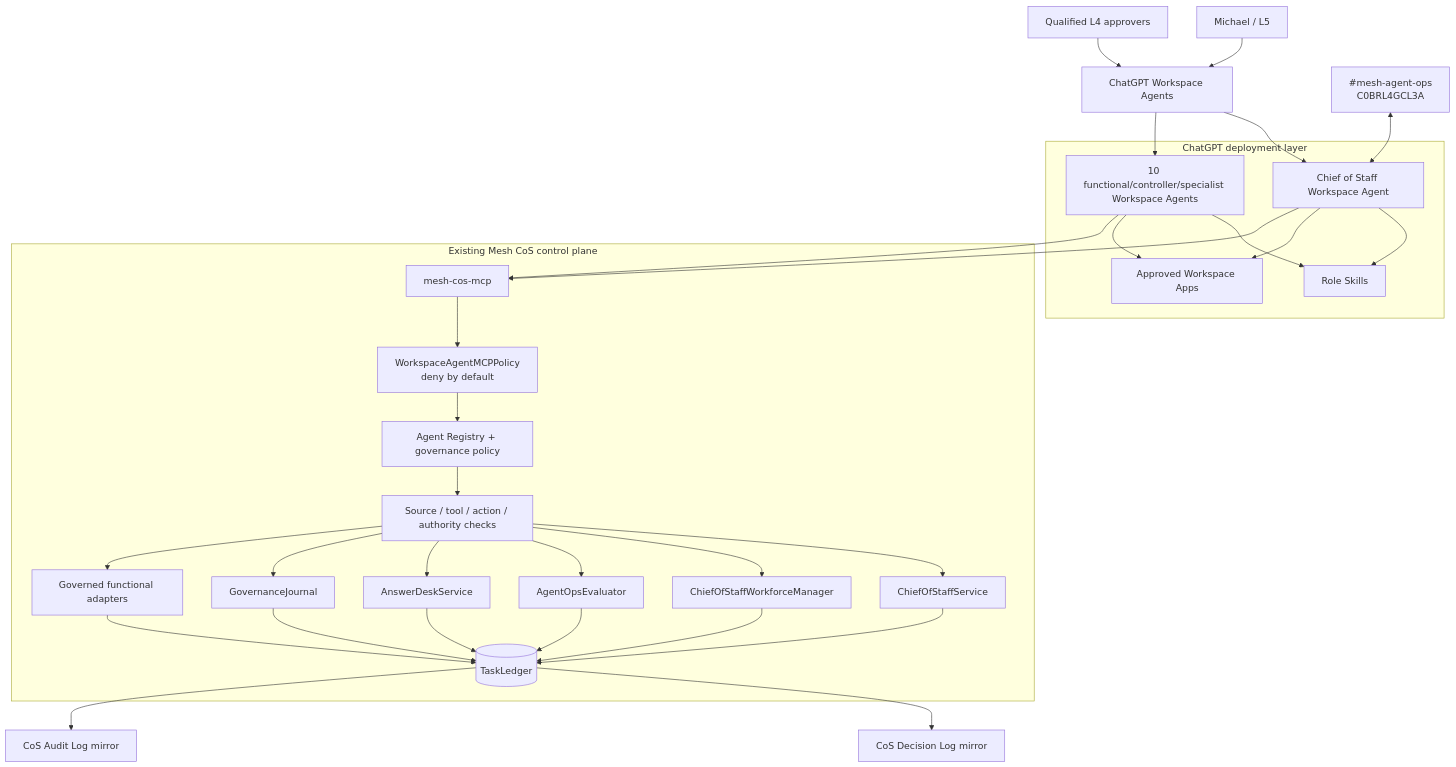
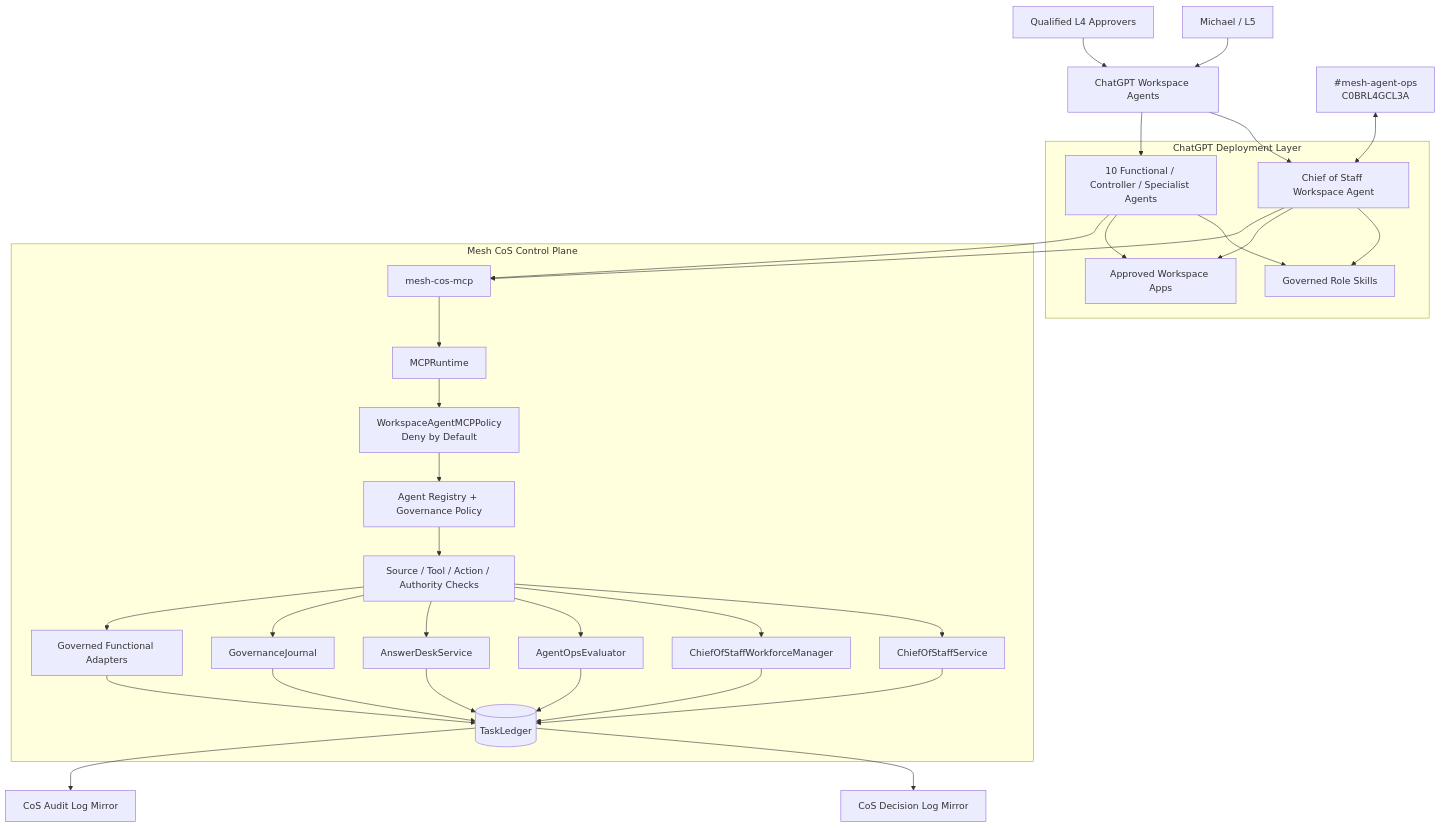
The first of 5 diagrams in docs/architecture.md (mkleinbe/mesh-ai-agent-cos-universe), drawn with Mermaid before and after one commit. The commit also changed other lines of this file, not shown here.

Commit message:
docs: align architecture with v1.0.0 serialized production runtime

````diff
--- a/docs/architecture.md
+++ b/docs/architecture.md
@@ -9,43 +9,44 @@
 ```mermaid
 flowchart TB
     CEO[Michael / L5] --> WA[ChatGPT Workspace Agents]
-    H[Qualified L4 approvers] --> WA
+    H[Qualified L4 Approvers] --> WA
 
-    subgraph CHATGPT[ChatGPT deployment layer]
+    subgraph CHATGPT[ChatGPT Deployment Layer]
       COSWA[Chief of Staff Workspace Agent]
-      FWA[10 functional/controller/specialist Workspace Agents]
-      SK[Role Skills]
+      FWA[10 Functional / Controller / Specialist Agents]
+      SK[Governed Role Skills]
       APPS[Approved Workspace Apps]
       COSWA --> SK
       FWA --> SK
       COSWA --> APPS
       FWA --> APPS
     end
 
     WA --> COSWA
     WA --> FWA
     COSWA --> MCP[mesh-cos-mcp]
     FWA --> MCP
 
-    subgraph RUNTIME[Existing Mesh CoS control plane]
-      MCP --> MCPPOL[WorkspaceAgentMCPPolicy\ndeny by default]
-      MCPPOL --> REG[Agent Registry + governance policy]
-      REG --> AUTH[Source / tool / action / authority checks]
+    subgraph RUNTIME[Mesh CoS Control Plane]
+      MCP --> RT[MCPRuntime]
+      RT --> MCPPOL[WorkspaceAgentMCPPolicy\nDeny by Default]
+      MCPPOL --> REG[Agent Registry + Governance Policy]
+      REG --> AUTH[Source / Tool / Action / Authority Checks]
       AUTH --> COS[ChiefOfStaffService]
       AUTH --> WM[ChiefOfStaffWorkforceManager]
       AUTH --> AO[AgentOpsEvaluator]
       AUTH --> AD[AnswerDeskService]
       AUTH --> GOV[GovernanceJournal]
-      AUTH --> FA[Governed functional adapters]
+      AUTH --> FA[Governed Functional Adapters]
       COS --> LEDGER[(TaskLedger)]
       WM --> LEDGER
       AO --> LEDGER
       AD --> LEDGER
       GOV --> LEDGER
       FA --> LEDGER
     end
 
-    LEDGER --> DLOG[CoS Decision Log mirror]
-    LEDGER --> ALOG[CoS Audit Log mirror]
+    LEDGER --> DLOG[CoS Decision Log Mirror]
+    LEDGER --> ALOG[CoS Audit Log Mirror]
     OPS[#mesh-agent-ops\nC0BRL4GCL3A] <--> COSWA
 ```
````
